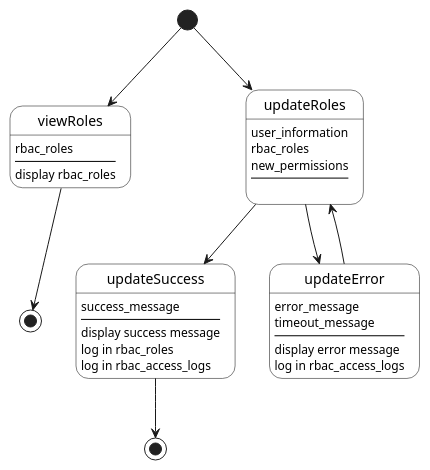
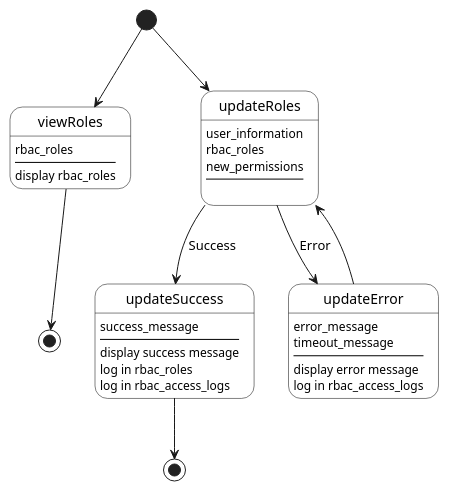
The diagram in state-diag/rbac.puml (kailashsrirang/3a04-deliverable3), drawn with PlantUML before and after one commit. The commit also changed 3 other files, not shown here.

```diff
--- a/state-diag/rbac.puml
+++ b/state-diag/rbac.puml
@@ -1,40 +1,39 @@
 @startuml
 
 skinparam State {
   BackgroundColor white
   BorderColor black
 }
 
 state end1 <<end>>
 state end2 <<end>>
 
 [*] --> viewRoles
 viewRoles : rbac_roles
 viewRoles : ----
 viewRoles : display rbac_roles
 viewRoles --> end1
 
 [*] --> updateRoles
 updateRoles : user_information
 updateRoles : rbac_roles
 updateRoles : new_permissions
-updateRoles : ----
-updateRoles :
+updateRoles : ----\n
 
-updateRoles --> updateSuccess
+updateRoles --> updateSuccess : Success
 updateSuccess : success_message
 updateSuccess : ----
 updateSuccess : display success message
 updateSuccess : log in rbac_roles
 updateSuccess : log in rbac_access_logs
 updateSuccess --> end2
 
-updateRoles --> updateError
+updateRoles --> updateError : Error
 updateError : error_message
 updateError : timeout_message
 updateError : ----
 updateError : display error message
 updateError : log in rbac_access_logs
 updateError --> updateRoles
 
 @enduml
```
